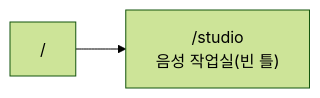
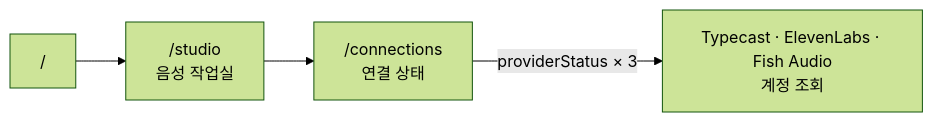
Before and after one commit to roadkwonai/omni-ai-tts: the diagram in docs/domain/project.md, drawn with Mermaid (forest theme). The commit also changed other lines of this file and 96 other files, not shown here.

````diff
--- a/docs/domain/project.md
+++ b/docs/domain/project.md
@@ -18,4 +18,6 @@
 ```mermaid
 flowchart LR
-  R["/"] --> S["/studio<br/>음성 작업실(빈 틀)"]
+  R["/"] --> S["/studio<br/>음성 작업실"]
+  S --> C["/connections<br/>연결 상태"]
+  C -->|providerStatus × 3| P["Typecast · ElevenLabs · Fish Audio<br/>계정 조회"]
 ```
````
